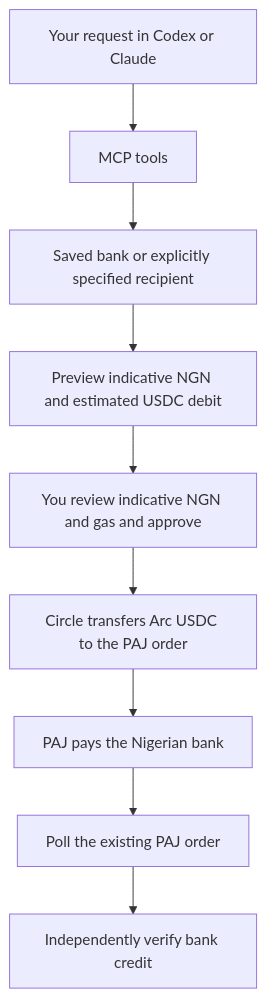
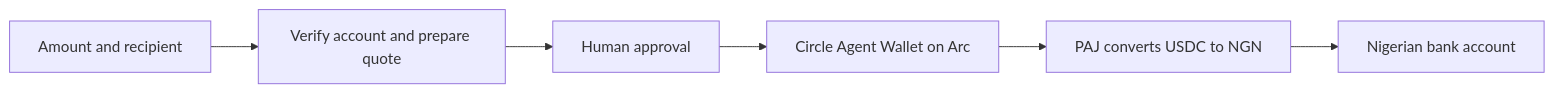
One commit to Adeyemir/agent-fiat-mcp changed the diagram in README.md. Above: the diagram before and after it, drawn with Mermaid. The commit also changed other lines of this file and 43 other files, not shown here.

Commit message:
Focus MCP on verified Arc payments and clean project tooling

````diff
--- a/README.md
+++ b/README.md
@@ -68,11 +13,8 @@
 ```mermaid
-flowchart TD
-    Request[Your request in Codex or Claude] --> MCP[MCP tools]
-    MCP --> Bank[Saved bank or explicitly specified recipient]
-    Bank --> Quote[Preview indicative NGN and estimated USDC debit]
-    Quote --> Approval[You review indicative NGN and gas and approve]
-    Approval --> Settlement[Circle transfers Arc USDC to the PAJ order]
-    Settlement --> Provider[PAJ pays the Nigerian bank]
-    Provider --> Status[Poll the existing PAJ order]
-    Status --> Credit[Independently verify bank credit]
+flowchart LR
+    Request[Amount and recipient] --> Quote[Verify account and prepare quote]
+    Quote --> Approval[Human approval]
+    Approval --> Wallet[Circle Agent Wallet on Arc]
+    Wallet --> PAJ[PAJ converts USDC to NGN]
+    PAJ --> Bank[Nigerian bank account]
 ```
````
